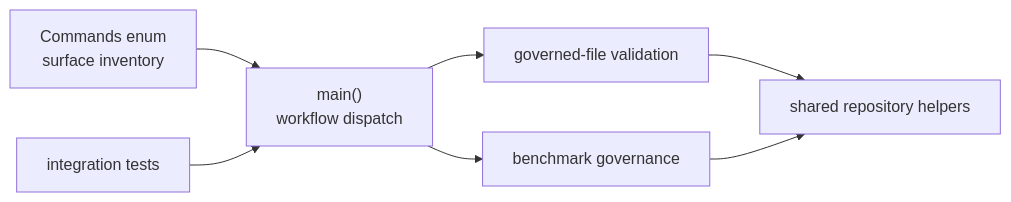
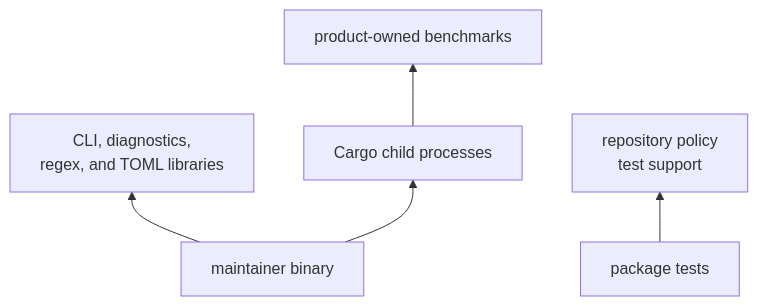
Before and after one commit to bijux/bijux-telecom: the fourth of 4 diagrams in docs/07-bijux-gnss-dev/architecture/index.md, drawn with Mermaid. The commit also changed other lines of this file and 2 other files, not shown here.

Commit message:
docs(maintainers): orient repository workflow readers

````diff
--- a/docs/07-bijux-gnss-dev/architecture/index.md
+++ b/docs/07-bijux-gnss-dev/architecture/index.md
@@ -17,16 +150,14 @@
 ```mermaid
-flowchart LR
-    cli["Commands enum<br/>surface inventory"]
-    dispatch["main()<br/>workflow dispatch"]
-    validation["governed-file validation"]
-    benchmark["benchmark governance"]
-    helpers["shared repository helpers"]
-    tests["integration tests"]
+flowchart BT
+    libraries["CLI, diagnostics,<br/>regex, and TOML libraries"]
+    policy["repository policy<br/>test support"]
+    dev["maintainer binary"]
+    tests["package tests"]
+    cargo["Cargo child processes"]
+    product["product-owned benchmarks"]
 
-    cli --> dispatch
-    dispatch --> validation
-    dispatch --> benchmark
-    validation --> helpers
-    benchmark --> helpers
-    tests --> dispatch
+    dev --> libraries
+    tests --> policy
+    dev --> cargo
+    cargo --> product
 ```
````
